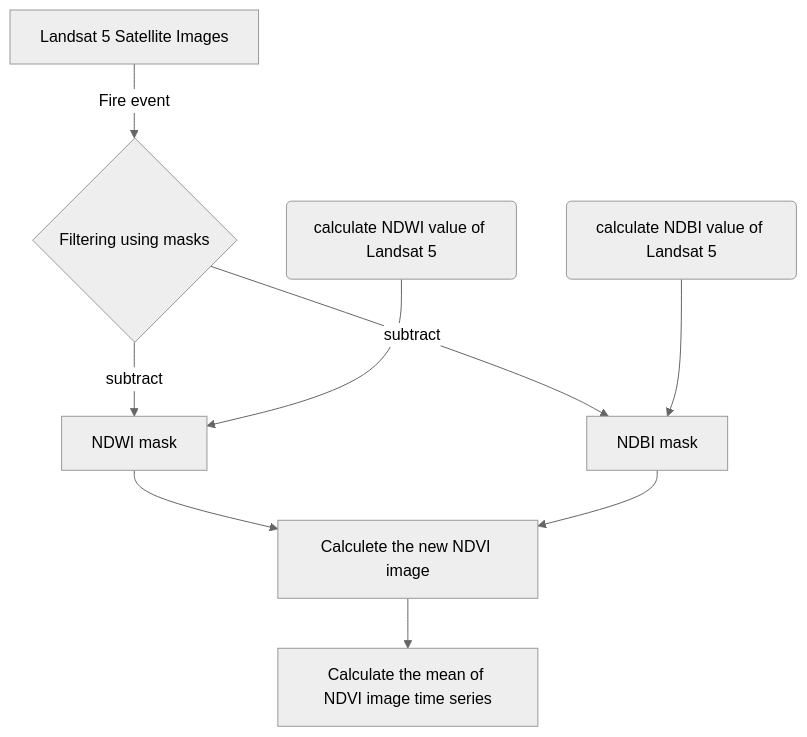
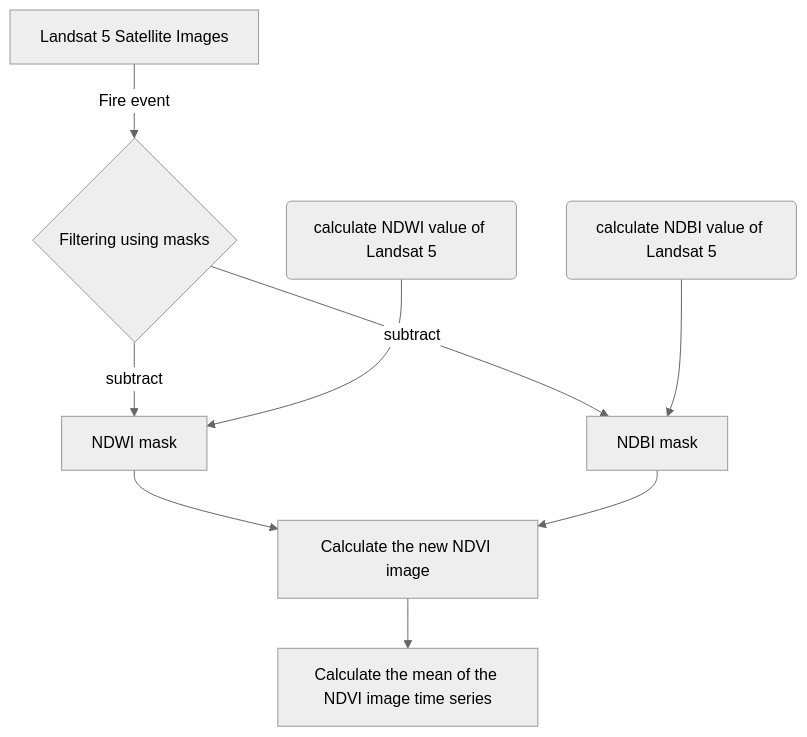
The first of 3 diagrams in README.md (buriansandor/Postfire_biomass_and_wildlife_recovery_based_on_Earth_observation_data), drawn with Mermaid (neutral theme) before and after one commit. The commit also changed other lines of this file, not shown here.

````diff
--- a/README.md
+++ b/README.md
@@ -16,13 +18,13 @@
 ```mermaid
 flowchart TD
     A[Landsat 5 Satellite Images] -->|Fire event| B{Filtering using masks}
     B -->|subtract| D[NDWI mask]
     B -->|subtract| E[NDBI mask]
     F(calculate NDWI value of Landsat 5)
     G(calculate NDBI value of Landsat 5)
     F --> D
     G --> E
-    D --> H[Calculete the new NDVI image]
+    D --> H[Calculate the new NDVI image]
     E --> H
-    H --> I[Calculate the mean of NDVI image time series]
+    H --> I[Calculate the mean of the NDVI image time series]
 ```
````
